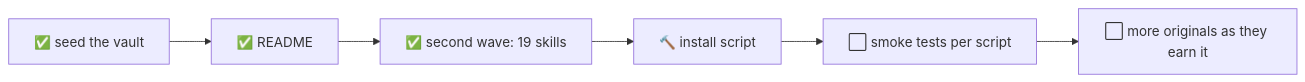
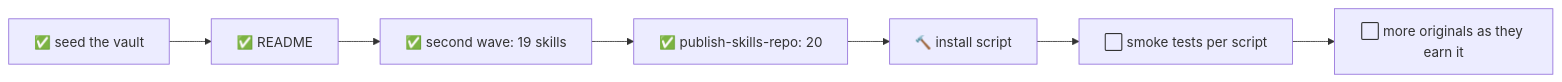
Diagram 13 of 13 in README.md (shoemoney/shoemoney-skills), drawn with Mermaid before and after one commit. The commit also changed other lines of this file and 1 other file, not shown here.

Commit message:
feat: 📦 publish-skills-repo joins the vault — the skill this repo was curated with, twenty skills now

````diff
--- a/README.md
+++ b/README.md
@@ -1530,7 +1577,7 @@
 ```mermaid
 flowchart LR
-    A[✅ seed the vault] --> B[✅ README] --> B2[✅ second wave: 19 skills]
-    B2 --> C[🔨 install script]
+    A[✅ seed the vault] --> B[✅ README] --> B2[✅ second wave: 19 skills] --> B3[✅ publish-skills-repo: 20]
+    B3 --> C[🔨 install script]
     C --> D[⬜ smoke tests per script]
     D --> E[⬜ more originals as they earn it]
 ```
````
